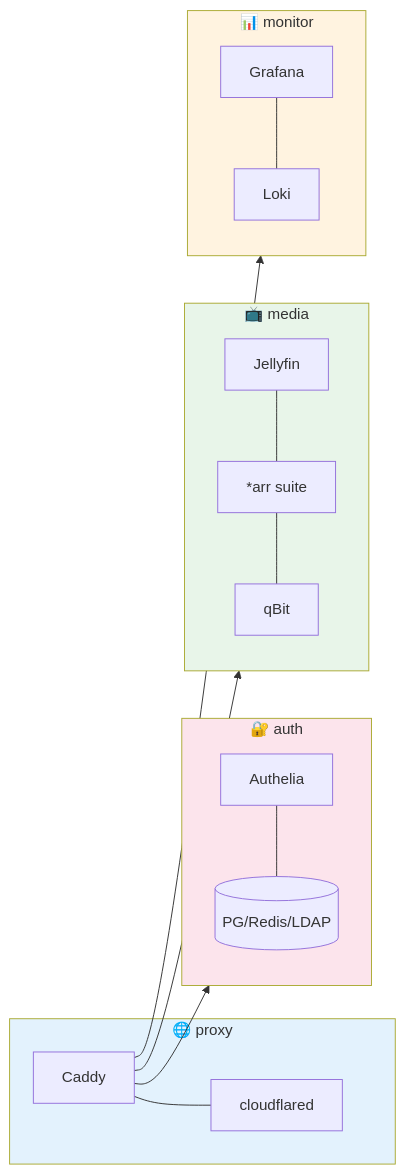
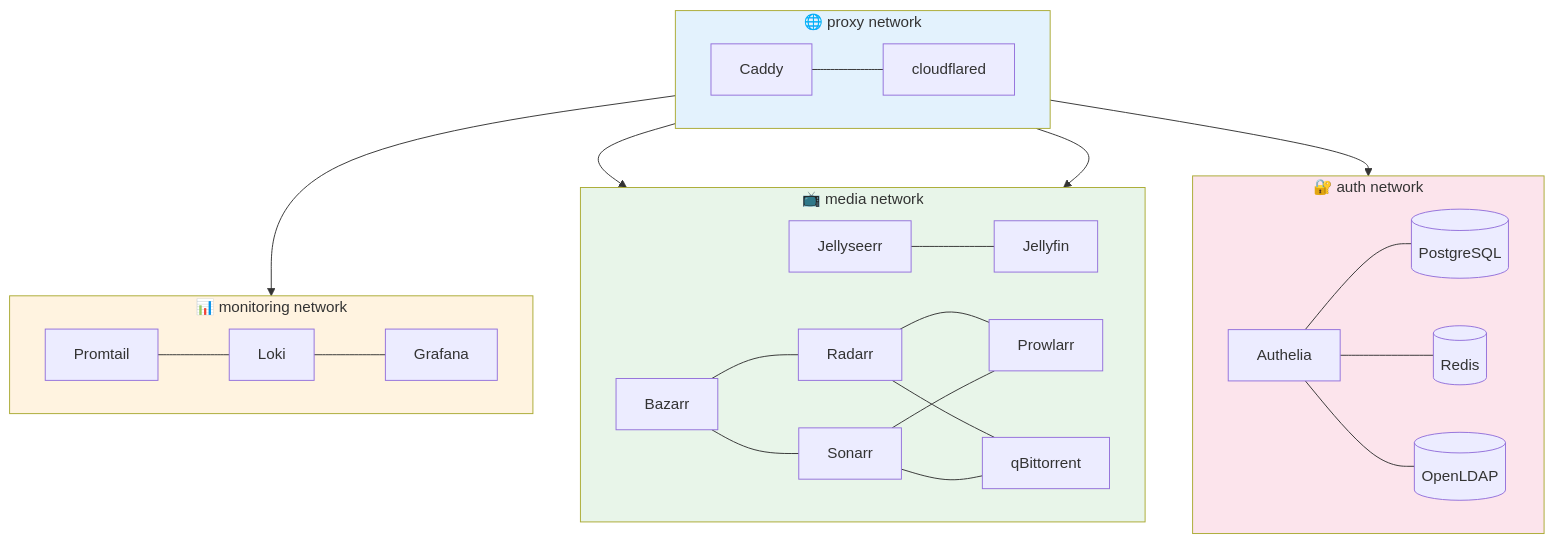
One commit to Mykyta-Home-Server/homeserver changed the fourth of 4 diagrams in docs-site/src/content/docs/guides/introduction.mdx. Above: the diagram before and after it, drawn with Mermaid. The commit also changed other lines of this file and 1 other file, not shown here.

First line of the commit message:
Fix modal styling, restore detailed diagrams, shrink sidebar

````diff
--- a/docs-site/src/content/docs/guides/introduction.mdx
+++ b/docs-site/src/content/docs/guides/introduction.mdx
@@ -131,25 +165,48 @@
 ```mermaid
-flowchart LR
-    subgraph proxy["🌐 proxy"]
-        Caddy[Caddy] --- CFD[cloudflared]
+flowchart TB
+    subgraph proxy["🌐 proxy network"]
+        direction LR
+        Caddy[Caddy]
+        CFD[cloudflared]
+        Caddy --- CFD
     end
 
-    subgraph auth["🔐 auth"]
-        Auth[Authelia] --- DB[(PG/Redis/LDAP)]
+    subgraph auth["🔐 auth network"]
+        direction LR
+        Authelia[Authelia]
+        PG[(PostgreSQL)]
+        Redis[(Redis)]
+        LDAP[(OpenLDAP)]
+        Authelia --- PG & Redis & LDAP
     end
 
-    subgraph media["📺 media"]
-        JF[Jellyfin] --- Arr[*arr suite] --- QB[qBit]
+    subgraph media["📺 media network"]
+        direction LR
+        JF[Jellyfin]
+        JS[Jellyseerr]
+        Radarr[Radarr]
+        Sonarr[Sonarr]
+        Prowlarr[Prowlarr]
+        QB[qBittorrent]
+        Bazarr[Bazarr]
+        JS --- JF
+        Radarr & Sonarr --- Prowlarr
+        Radarr & Sonarr --- QB
+        Bazarr --- Radarr & Sonarr
     end
 
-    subgraph mon["📊 monitor"]
-        Graf[Grafana] --- Loki[Loki]
+    subgraph monitoring["📊 monitoring network"]
+        direction LR
+        Grafana[Grafana]
+        Loki[Loki]
+        Promtail[Promtail]
+        Promtail --- Loki --- Grafana
     end
 
-    Caddy --> auth & media & mon
+    Caddy --> Authelia & JF & Grafana & Radarr
 
     style proxy fill:#e3f2fd
     style auth fill:#fce4ec
     style media fill:#e8f5e9
-    style mon fill:#fff3e0
+    style monitoring fill:#fff3e0
 ```
````
